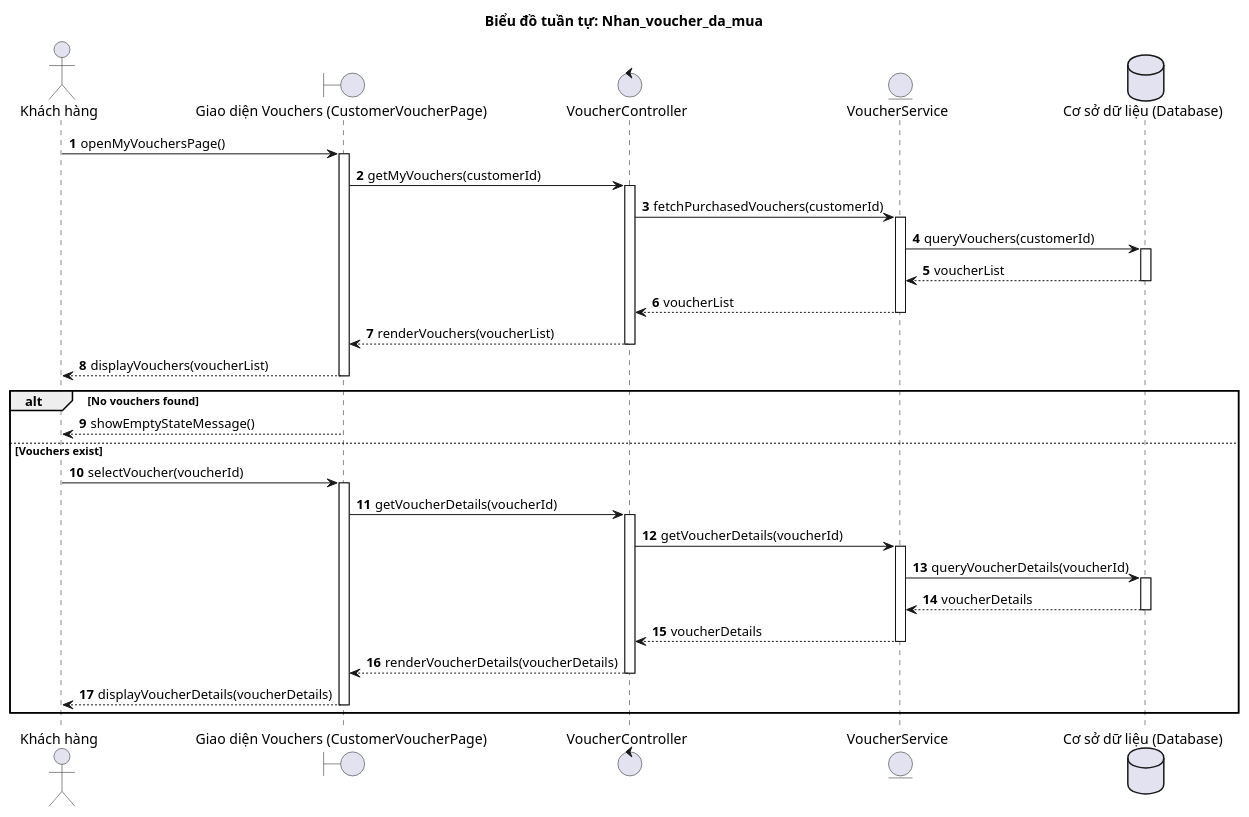
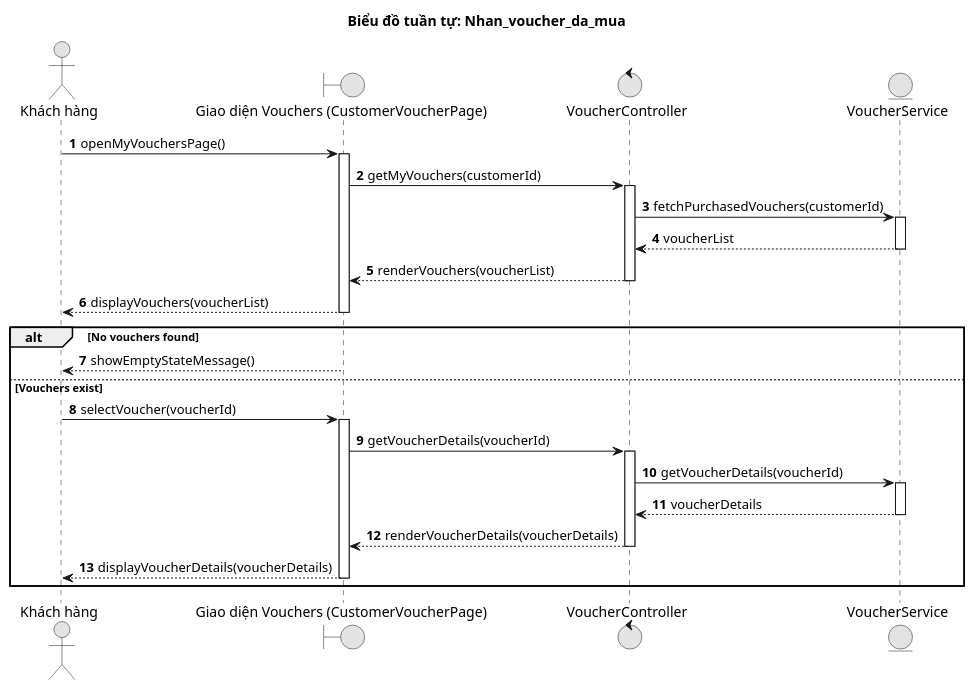
One commit to Ngo-The-Dat/e-voucher-system changed the diagram in doc/sequence/KhachHang/SQ6_Nhan_voucher_da_mua.wsd. Above: the diagram before and after it, drawn with PlantUML. The commit also changed 3 other files, not shown here.

Commit message:
docs: add sequence diagrams for customer rating, voucher management, cart operations, and order creation

```diff
--- a/doc/sequence/KhachHang/SQ6_Nhan_voucher_da_mua.wsd
+++ b/doc/sequence/KhachHang/SQ6_Nhan_voucher_da_mua.wsd
@@ -1,48 +1,42 @@
 @startuml
 title Biểu đồ tuần tự: Nhan_voucher_da_mua
 
 autonumber
+skinparam monochrome true
+skinparam shadowing false
+
 actor "Khách hàng" as KH
 boundary "Giao diện Vouchers (CustomerVoucherPage)" as UI
 control "VoucherController" as Controller
 entity "VoucherService" as Service
-database "Cơ sở dữ liệu (Database)" as DB
 
 KH -> UI : openMyVouchersPage()
 activate UI
 UI -> Controller : getMyVouchers(customerId)
 activate Controller
 Controller -> Service : fetchPurchasedVouchers(customerId)
 activate Service
-Service -> DB : queryVouchers(customerId)
-activate DB
-DB --> Service : voucherList
-deactivate DB
 Service --> Controller : voucherList
 deactivate Service
 Controller --> UI : renderVouchers(voucherList)
 deactivate Controller
 UI --> KH : displayVouchers(voucherList)
 deactivate UI
 
 alt No vouchers found
     UI --> KH : showEmptyStateMessage()
 else Vouchers exist
     KH -> UI : selectVoucher(voucherId)
     activate UI
     UI -> Controller : getVoucherDetails(voucherId)
     activate Controller
     Controller -> Service : getVoucherDetails(voucherId)
     activate Service
-    Service -> DB : queryVoucherDetails(voucherId)
-    activate DB
-    DB --> Service : voucherDetails
-    deactivate DB
     Service --> Controller : voucherDetails
     deactivate Service
     Controller --> UI : renderVoucherDetails(voucherDetails)
     deactivate Controller
     UI --> KH : displayVoucherDetails(voucherDetails)
     deactivate UI
 end
 @enduml
```
